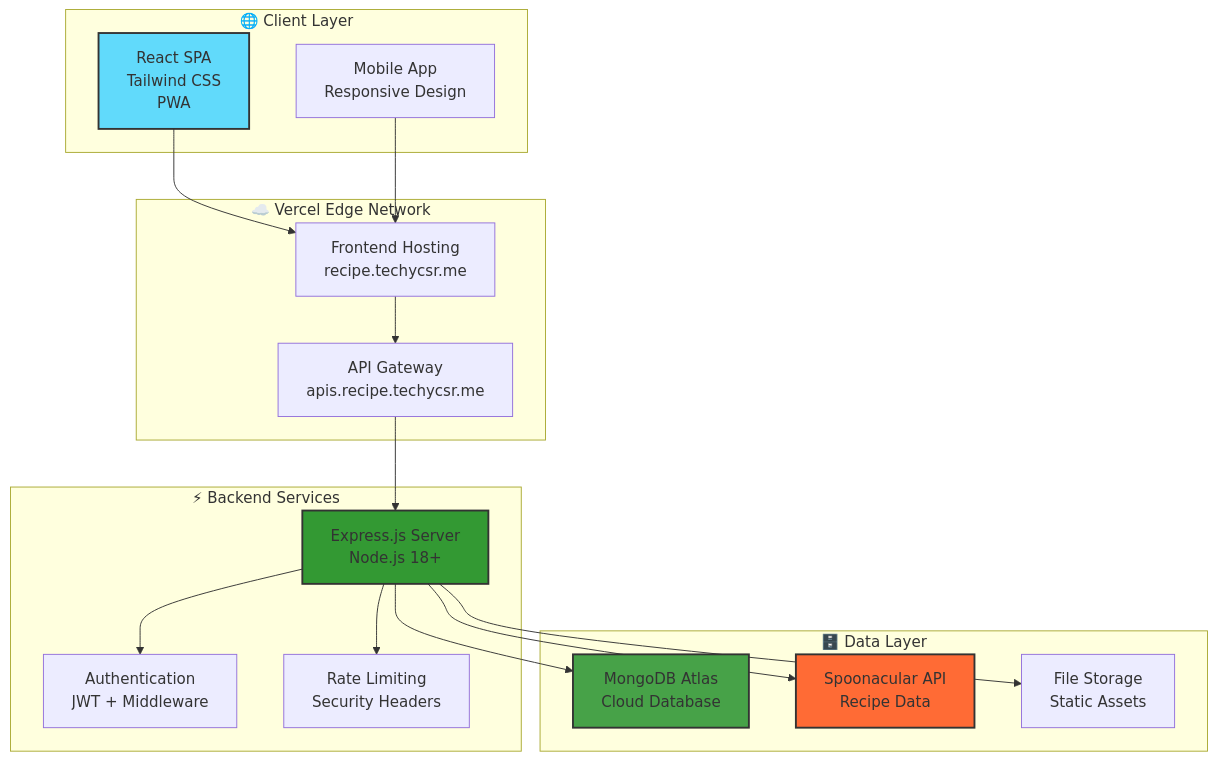
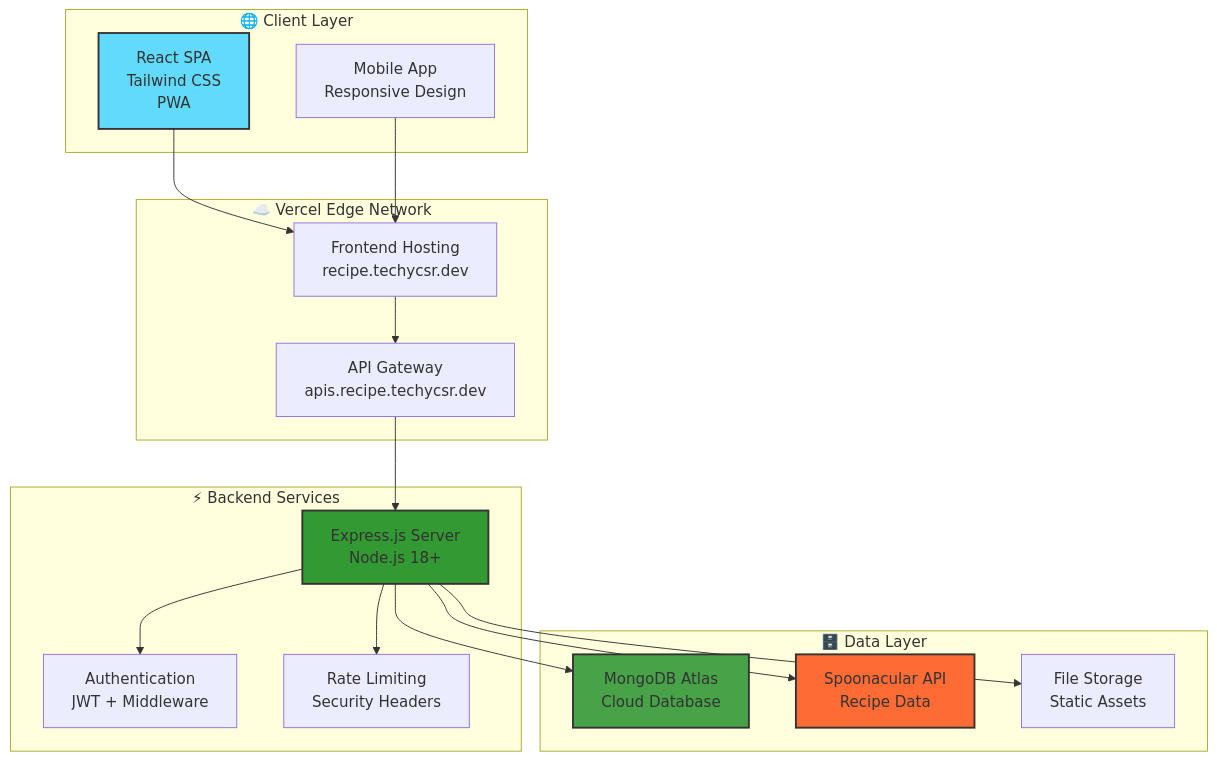
One commit to TechyCSR/RecipeGenerator changed the diagram in README.md. Above: the diagram before and after it, drawn with Mermaid. The commit also changed other lines of this file and 5 other files, not shown here.

Commit message:
Update domain references from techycsr.me to techycsr.dev

````diff
--- a/README.md
+++ b/README.md
@@ -249,39 +249,39 @@
 ```mermaid
 graph TB
     subgraph "🌐 Client Layer"
         A[React SPA<br/>Tailwind CSS<br/>PWA]
         B[Mobile App<br/>Responsive Design]
     end
     
     subgraph "☁️ Vercel Edge Network"
-        C[Frontend Hosting<br/>recipe.techycsr.me]
-        D[API Gateway<br/>apis.recipe.techycsr.me]
+        C[Frontend Hosting<br/>recipe.techycsr.dev]
+        D[API Gateway<br/>apis.recipe.techycsr.dev]
     end
     
     subgraph "⚡ Backend Services"
         E[Express.js Server<br/>Node.js 18+]
         F[Authentication<br/>JWT + Middleware]
         G[Rate Limiting<br/>Security Headers]
     end
     
     subgraph "🗄️ Data Layer"
         H[MongoDB Atlas<br/>Cloud Database]
         I[Spoonacular API<br/>Recipe Data]
         J[File Storage<br/>Static Assets]
     end
     
     A --> C
     B --> C
     C --> D
     D --> E
     E --> F
     E --> G
     E --> H
     E --> I
     E --> J
     
     style A fill:#61dafb,stroke:#333,stroke-width:2px
     style E fill:#339933,stroke:#333,stroke-width:2px
     style H fill:#47a248,stroke:#333,stroke-width:2px
     style I fill:#ff6b35,stroke:#333,stroke-width:2px
 ```
````
